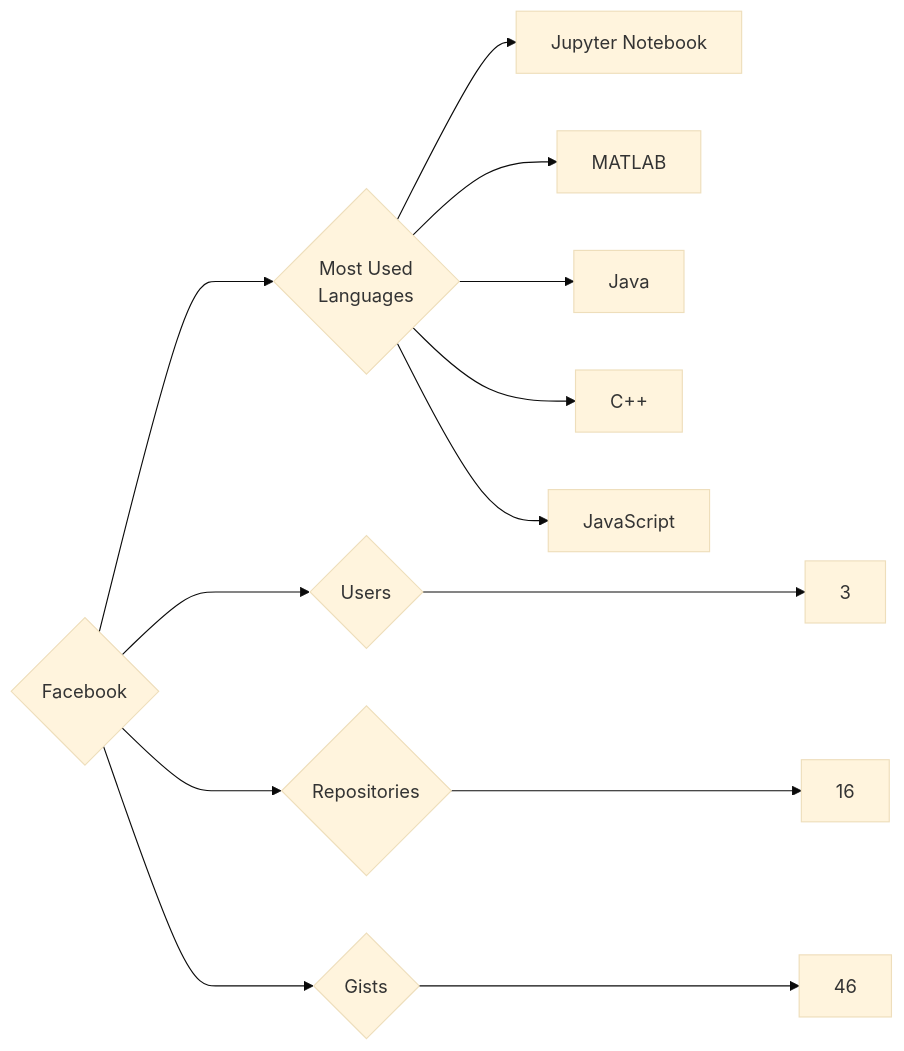
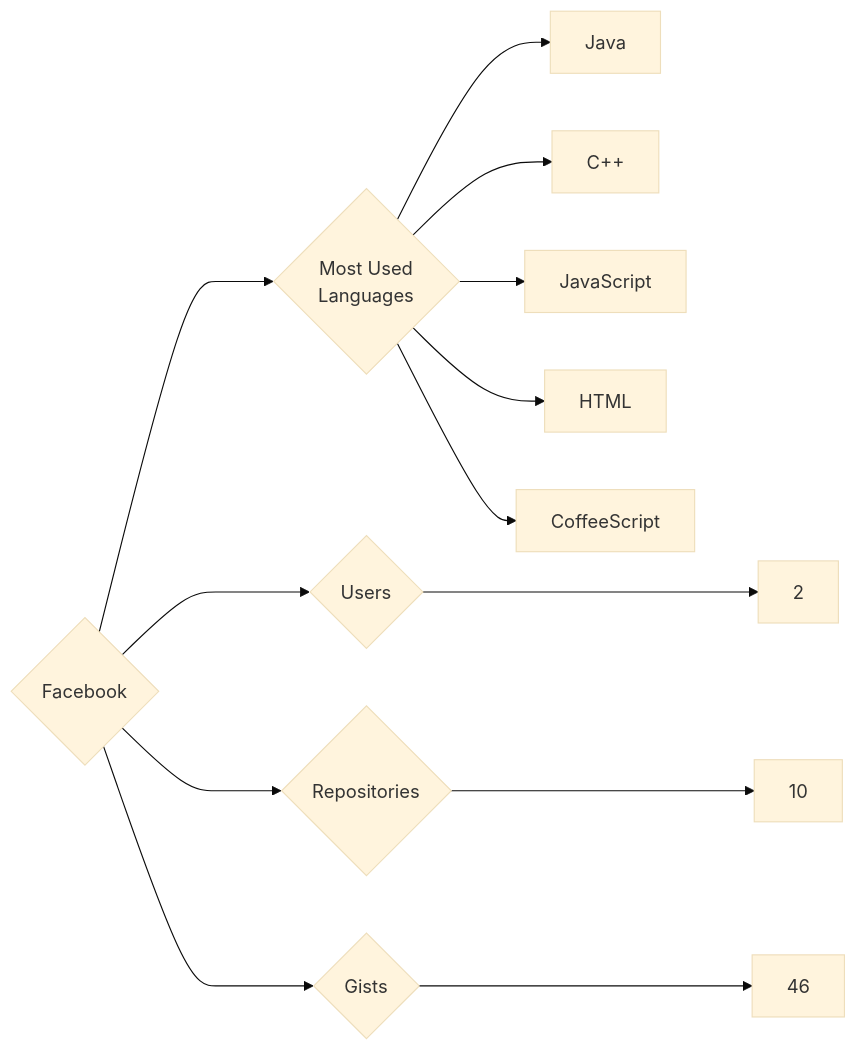
One commit to trickest/insiders changed the diagram in targets/Facebook/README.md. Above: the diagram before and after it, drawn with Mermaid (base theme). The commit also changed 815 other files, not shown here.

````diff
--- a/targets/Facebook/README.md
+++ b/targets/Facebook/README.md
@@ -3,13 +3,13 @@
 ```mermaid
 graph LR
 COMPANY_NAME{Facebook}
-COMPANY_NAME ---> U{Users} ---> UN[3]
-COMPANY_NAME ---> R{Repositories} ---> RN[16]
+COMPANY_NAME ---> U{Users} ---> UN[2]
+COMPANY_NAME ---> R{Repositories} ---> RN[10]
 COMPANY_NAME ---> G{Gists} ---> GN[46]
 COMPANY_NAME ---> ML{Most Used<br>Languages}
-ML --> Jupyter_Notebook[Jupyter Notebook]
-ML --> MATLAB[MATLAB]
 ML --> Java[Java]
 ML --> C++[C++]
 ML --> JavaScript[JavaScript]
+ML --> HTML[HTML]
+ML --> CoffeeScript[CoffeeScript]
 ```
````
